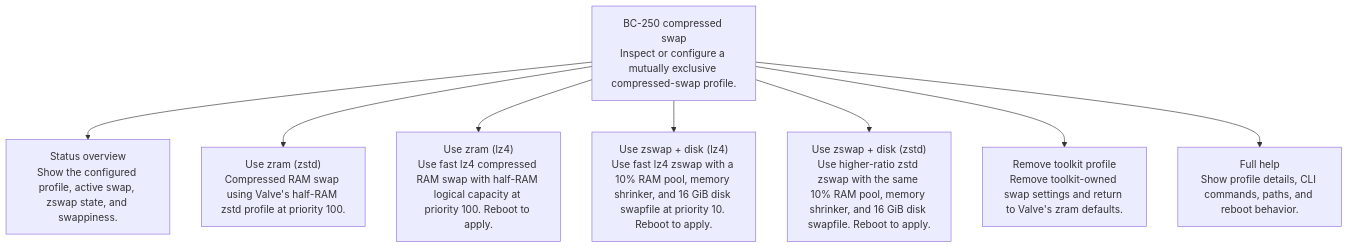
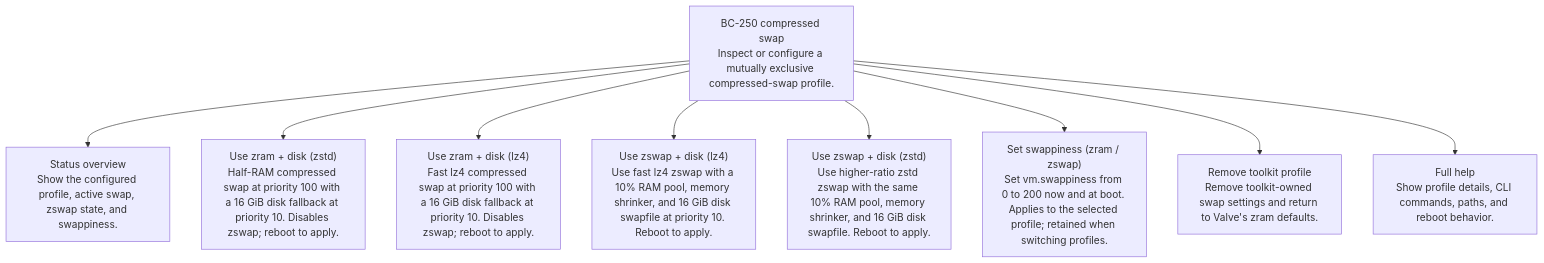
One commit to keyboardspecialist/bc250-steamos changed the diagram in menus/swap.mmd. Above: the diagram before and after it, drawn with Mermaid. The commit also changed 53 other files, not shown here.

```diff
--- a/menus/swap.mmd
+++ b/menus/swap.mmd
@@ -1,19 +1,21 @@
 %% menu-flow-v1
 flowchart TD
 
 menu__root["BC-250 compressed swap<br/>Inspect or configure a mutually exclusive compressed-swap profile."]:::root
 action__status["Status overview<br/>Show the configured profile, active swap, zswap state, and swappiness."]:::read_only
-action__zram["Use zram (zstd)<br/>Compressed RAM swap using Valve's half-RAM zstd profile at priority 100."]:::install
-action__zram_lz4["Use zram (lz4)<br/>Use fast lz4 compressed RAM swap with half-RAM logical capacity at priority 100. Reboot to apply."]:::install
+action__zram["Use zram + disk (zstd)<br/>Half-RAM compressed swap at priority 100 with a 16 GiB disk fallback at priority 10. Disables zswap; reboot to apply."]:::install
+action__zram_lz4["Use zram + disk (lz4)<br/>Fast lz4 compressed swap at priority 100 with a 16 GiB disk fallback at priority 10. Disables zswap; reboot to apply."]:::install
 action__zswap["Use zswap + disk (lz4)<br/>Use fast lz4 zswap with a 10% RAM pool, memory shrinker, and 16 GiB disk swapfile at priority 10. Reboot to apply."]:::install
 action__zswap_zstd["Use zswap + disk (zstd)<br/>Use higher-ratio zstd zswap with the same 10% RAM pool, memory shrinker, and 16 GiB disk swapfile. Reboot to apply."]:::install
 action__remove["Remove toolkit profile<br/>Remove toolkit-owned swap settings and return to Valve's zram defaults."]:::cleanup
+action__swappiness["Set swappiness (zram / zswap)<br/>Set vm.swappiness from 0 to 200 now and at boot. Applies to the selected profile; retained when switching profiles."]:::install
 action__help["Full help<br/>Show profile details, CLI commands, paths, and reboot behavior."]:::read_only
 
 menu__root --> action__status
 menu__root --> action__zram
 menu__root --> action__zram_lz4
 menu__root --> action__zswap
 menu__root --> action__zswap_zstd
+menu__root --> action__swappiness
 menu__root --> action__remove
 menu__root --> action__help
```
